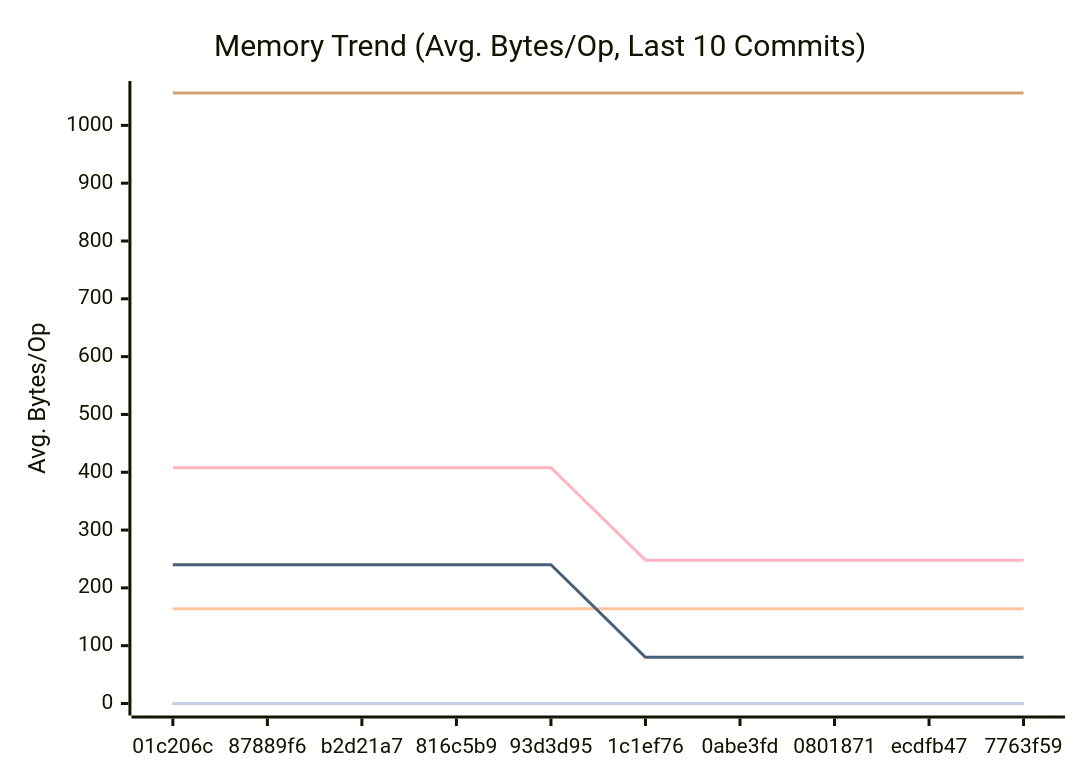
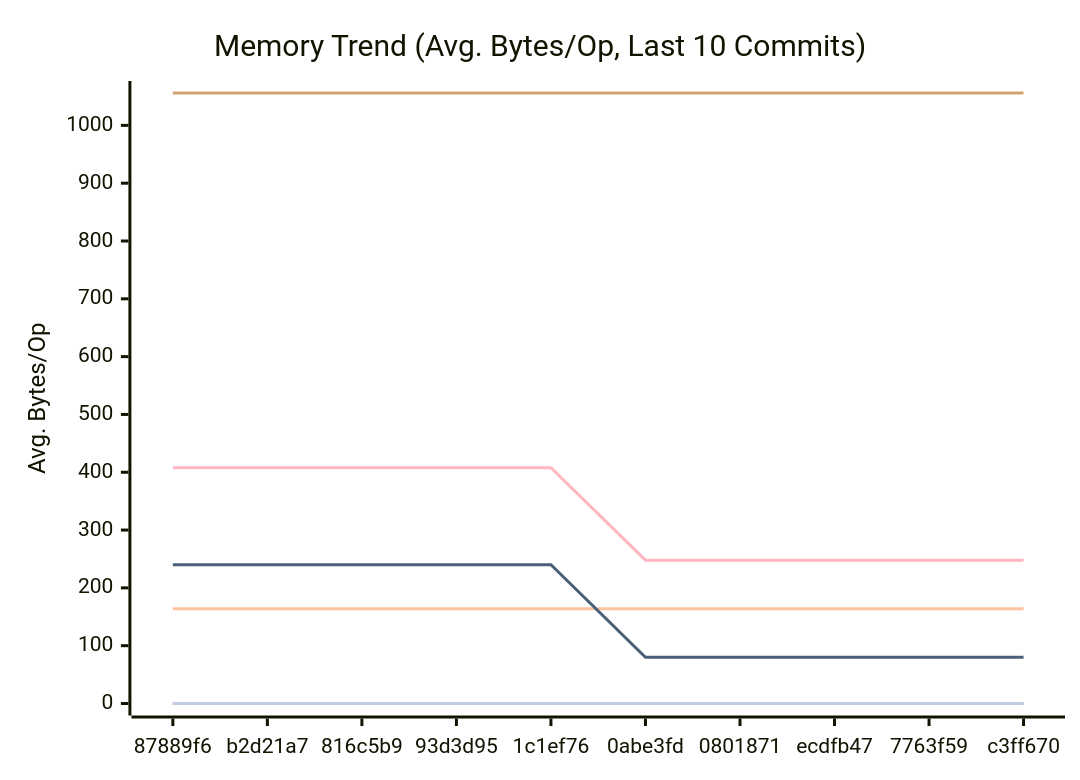
One commit to alsotoes/momo changed the second of 3 diagrams in docs/PERFORMANCE.md. Above: the diagram before and after it, drawn with Mermaid. The commit also changed other lines of this file and 1 other file, not shown here.

````diff
--- a/docs/PERFORMANCE.md
+++ b/docs/PERFORMANCE.md
@@ -97,16 +97,16 @@
 ```mermaid
 xychart-beta
     title "Memory Trend (Avg. Bytes/Op, Last 10 Commits)"
     x-axis "Commit"
     y-axis "Avg. Bytes/Op"
-    x-axis [01c206c,87889f6,b2d21a7,816c5b9,93d3d95,1c1ef76,0abe3fd,0801871,ecdfb47,7763f59]
+    x-axis [87889f6,b2d21a7,816c5b9,93d3d95,1c1ef76,0abe3fd,0801871,ecdfb47,7763f59,c3ff670]
     line "CheckMetricsAndSwap" [0,0,0,0,0,0,0,0,0,0]
     line "CrushOptimized" [0,0,0,0,0,0,0,0,0,0]
     line "CrushOriginal" [164,164,164,164,164,164,164,164,164,164]
     line "IndexDirectTracking" [0,0,0,0,0,0,0,0,0,0]
     line "IndexSearch" [0,0,0,0,0,0,0,0,0,0]
     line "LoadGlobalConfig" [1056,1056,1056,1056,1056,1056,1056,1056,1056,1056]
     line "PadString" [0,0,0,0,0,0,0,0,0,0]
     line "ParseReplicationOrder_NoPrealloc" [408,408,408,408,408,248,248,248,248,248]
     line "ParseReplicationOrder_Prealloc" [240,240,240,240,240,80,80,80,80,80]
 ```
````
